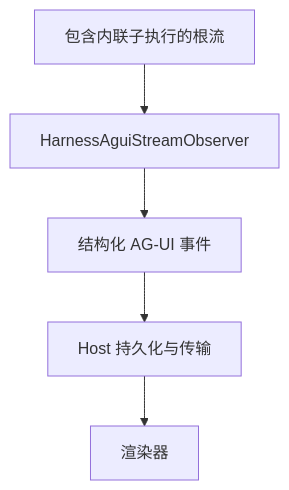
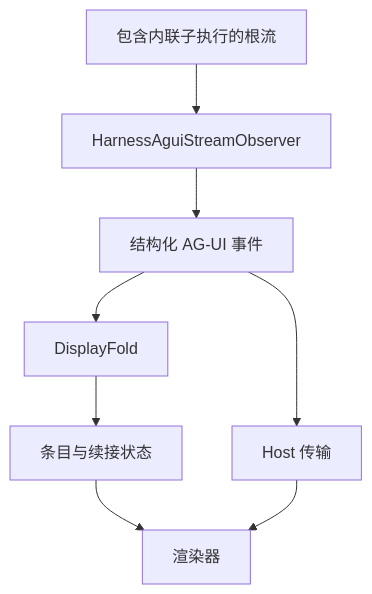
Before and after one commit to converge-ai-labs/agent-foundation: the diagram in docs/a13n-stream-protocol/index.zh-CN.md, drawn with Mermaid. The commit also changed other lines of this file and 124 other files, not shown here.

````diff
--- a/docs/a13n-stream-protocol/index.zh-CN.md
+++ b/docs/a13n-stream-protocol/index.zh-CN.md
@@ -19,10 +19,14 @@
 ```mermaid
 flowchart TB
     Run["包含内联子执行的根流"] --> Observer["HarnessAguiStreamObserver"]
     Observer --> Events["结构化 AG-UI 事件"]
-    Events --> Host["Host 持久化与传输"]
-    Host --> UI["渲染器"]
+    Events --> Fold["DisplayFold"]
+    Fold --> Checkpoint["条目与续接状态"]
+    Events --> Host["Host 传输"]
+    Checkpoint --> UI["渲染器"]
+    Host --> UI
 
-    class Run,Observer a13n
+    class Run,Observer,Fold a13n
+    class Checkpoint store
     class Host,UI app
 ```
````
